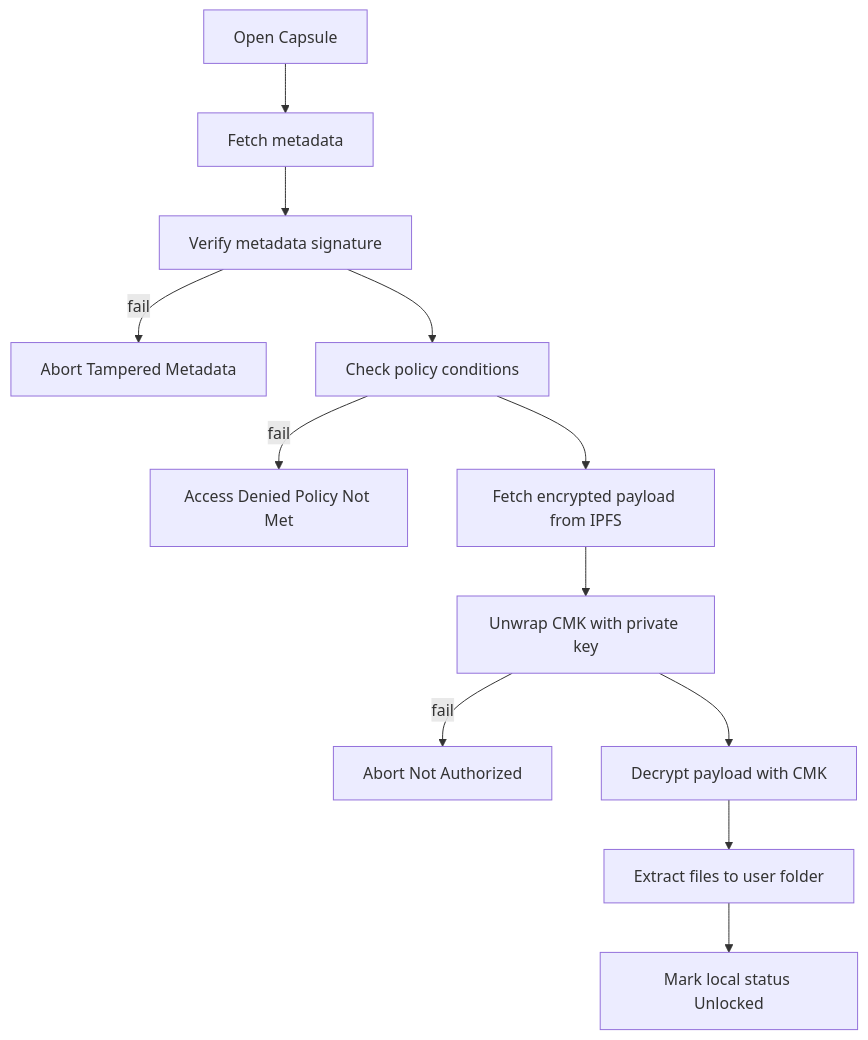
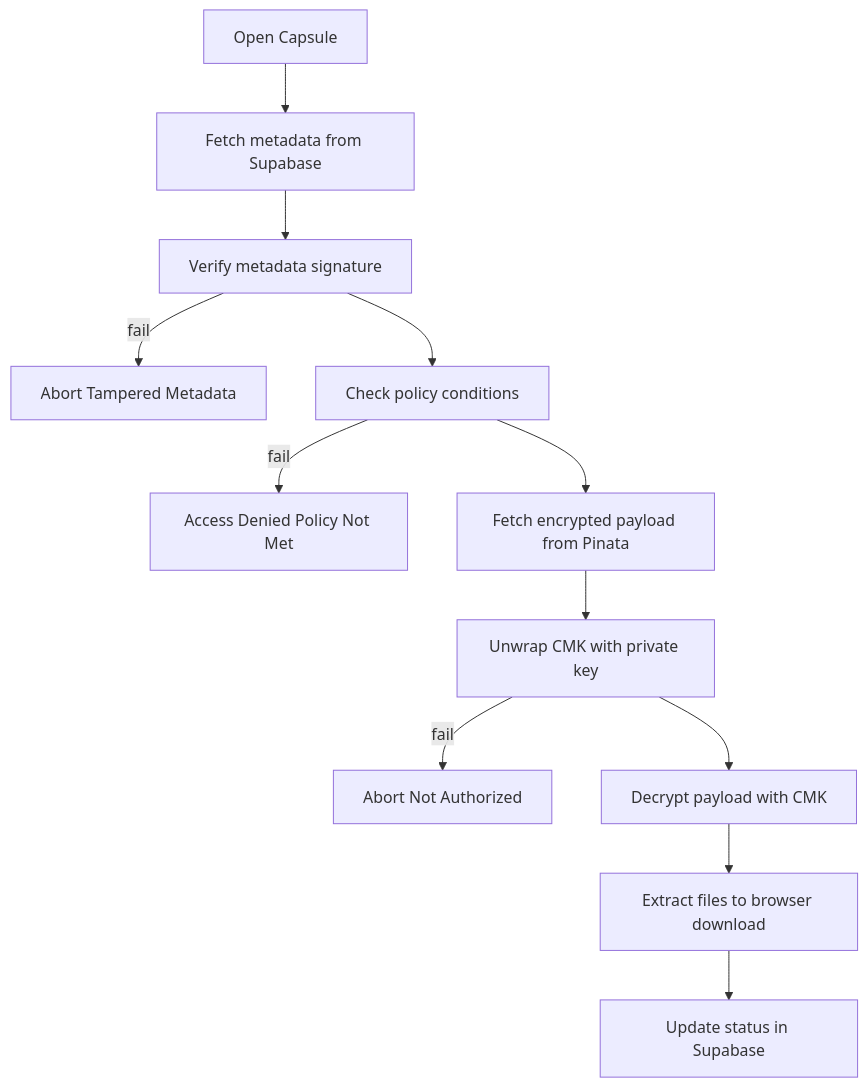
Before and after one commit to Teycir/TrustCircle: the third of 6 diagrams in Readme.md, drawn with Mermaid. The commit also changed other lines of this file and 14 other files, not shown here.

First line of the commit message:
feat: update to web-based TrustCircle Lite with Next.js, Supabase, and Pinata

````diff
--- a/Readme.md
+++ b/Readme.md
@@ -190,14 +216,14 @@
 ```mermaid
 flowchart TD
-  U[Open Capsule] --> V[Fetch metadata]
+  U[Open Capsule] --> V[Fetch metadata from Supabase]
   V --> W[Verify metadata signature]
   W -->|fail| X[Abort Tampered Metadata]
   W --> Y[Check policy conditions]
   Y -->|fail| Z[Access Denied Policy Not Met]
-  Y --> AA[Fetch encrypted payload from IPFS]
+  Y --> AA[Fetch encrypted payload from Pinata]
   AA --> AB[Unwrap CMK with private key]
   AB -->|fail| AC[Abort Not Authorized]
   AB --> AD[Decrypt payload with CMK]
-  AD --> AE[Extract files to user folder]
-  AE --> AF[Mark local status Unlocked]
+  AD --> AE[Extract files to browser download]
+  AE --> AF[Update status in Supabase]
 ```
````
